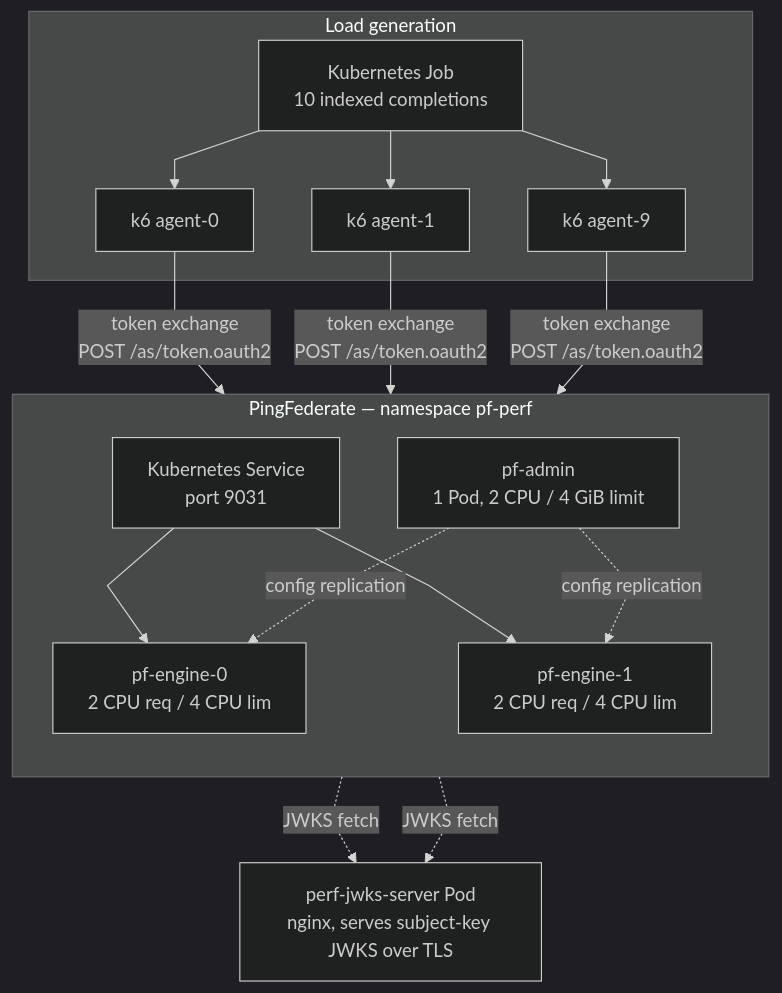
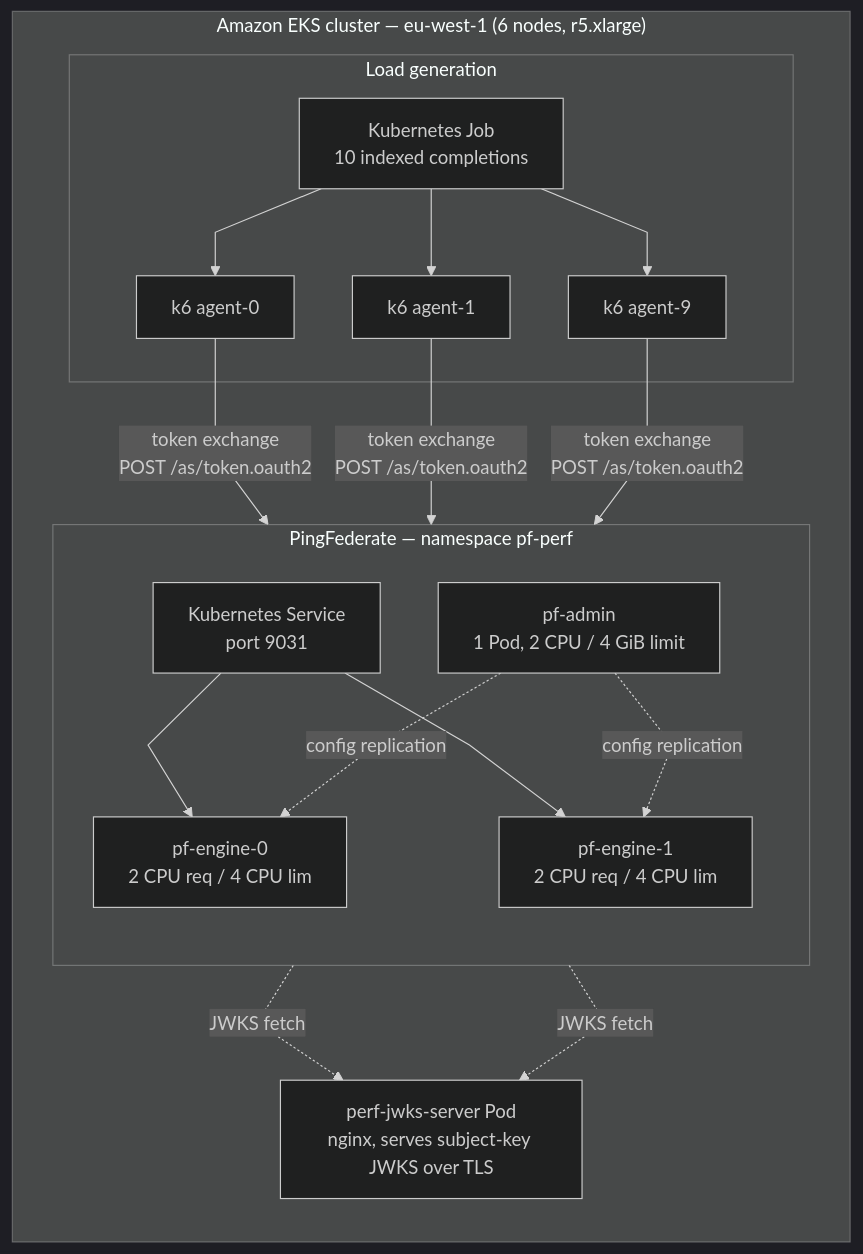
Before and after one commit to carbonefederico/blog-content: the diagram in _posts/2026-09-17-pingfederate-token-exchange-performance-test.md, drawn with Mermaid (dark theme). The commit also changed 2 other files, not shown here.

Commit message:
Publish ready articles from blogger-agent

````diff
--- a/_posts/2026-09-17-pingfederate-token-exchange-performance-test.md
+++ b/_posts/2026-09-17-pingfederate-token-exchange-performance-test.md
@@ -34,28 +34,32 @@
 ```mermaid
 %%{init: {'flowchart': {'curve': 'linear'}}}%%
 flowchart TB
-    subgraph LB["Load generation"]
-        K1["k6 agent-0"]
-        K2["k6 agent-1"]
-        K9["k6 agent-9"]
-        JB["Kubernetes Job<br/>10 indexed completions"]
+    subgraph CL["Amazon EKS cluster — eu-west-1 (6 nodes, r5.xlarge)"]
+        direction TB
+
+        subgraph LB["Load generation"]
+            K1["k6 agent-0"]
+            K2["k6 agent-1"]
+            K9["k6 agent-9"]
+            JB["Kubernetes Job<br/>10 indexed completions"]
+        end
+
+        subgraph PF["PingFederate — namespace pf-perf"]
+            direction TB
+            ADM["pf-admin<br/>1 Pod, 2 CPU / 4 GiB limit"]
+            ENG1["pf-engine-0<br/>2 CPU req / 4 CPU lim"]
+            ENG2["pf-engine-1<br/>2 CPU req / 4 CPU lim"]
+            SVC["Kubernetes Service<br/>port 9031"]
+        end
+
+        JWKS["perf-jwks-server Pod<br/>nginx, serves subject-key JWKS over TLS"]
     end
-
-    subgraph PF["PingFederate — namespace pf-perf"]
-        direction TB
-        ADM["pf-admin<br/>1 Pod, 2 CPU / 4 GiB limit"]
-        ENG1["pf-engine-0<br/>2 CPU req / 4 CPU lim"]
-        ENG2["pf-engine-1<br/>2 CPU req / 4 CPU lim"]
-        SVC["Kubernetes Service<br/>port 9031"]
-    end
-
-    JWKS["perf-jwks-server Pod<br/>nginx, serves subject-key JWKS over TLS"]
 
     JB --> K1 & K2 & K9
     K1 & K2 & K9 -->|"token exchange<br/>POST /as/token.oauth2"| SVC
     SVC --> ENG1 & ENG2
     ENG1 -.->|"JWKS fetch"| JWKS
     ENG2 -.->|"JWKS fetch"| JWKS
     ADM -.->|"config replication"| ENG1
     ADM -.->|"config replication"| ENG2
 ```
````
